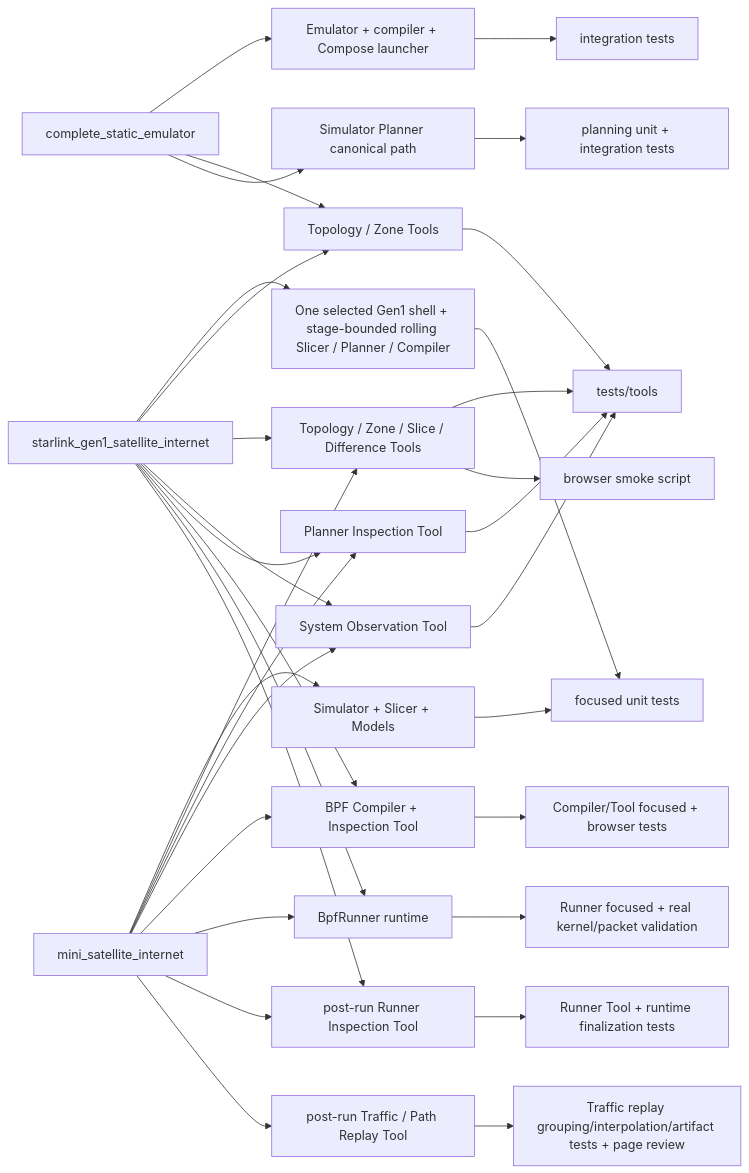
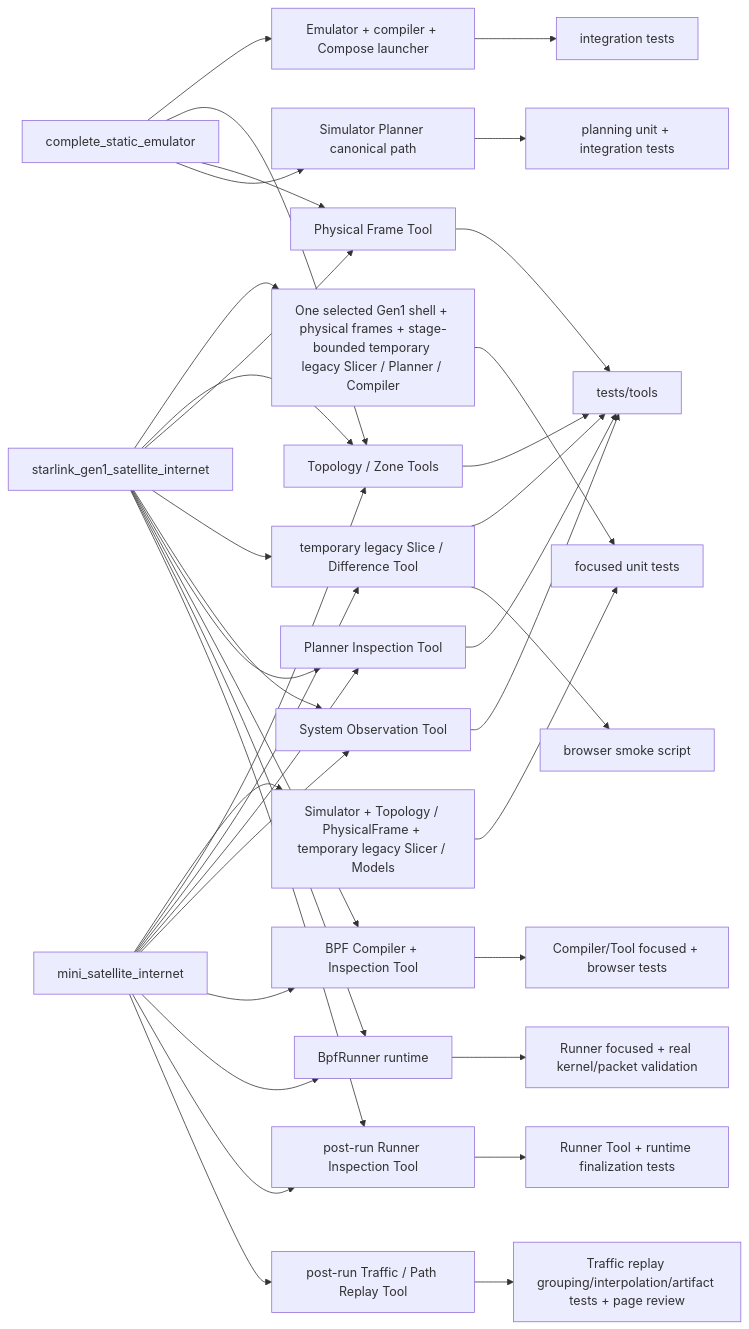
One commit to seed-labs/skyseed changed the diagram in skyseed_v2/docs/human-readable/traceability-map.md. Above: the diagram before and after it, drawn with Mermaid. The commit also changed other lines of this file and 94 other files, not shown here.

Commit message:
feat: establish topology physical frame foundation

````diff
--- a/skyseed_v2/docs/human-readable/traceability-map.md
+++ b/skyseed_v2/docs/human-readable/traceability-map.md
@@ -7,35 +7,39 @@
 ```mermaid
 flowchart LR
     CE["complete_static_emulator"] --> EM["Emulator + compiler + Compose launcher"]
     CE --> TZ["Topology / Zone Tools"]
+    CE --> PF["Physical Frame Tool"]
     CE --> PL["Simulator Planner canonical path"]
-    DN["mini_satellite_internet"] --> DS["Simulator + Slicer + Models"]
-    DN --> DT["Topology / Zone / Slice / Difference Tools"]
+    DN["mini_satellite_internet"] --> DS["Simulator + Topology / PhysicalFrame + temporary legacy Slicer / Models"]
+    DN --> TZ
+    DN --> LT["temporary legacy Slice / Difference Tool"]
     DN --> PT["Planner Inspection Tool"]
     DN --> OT["System Observation Tool"]
     DN --> BT["BPF Compiler + Inspection Tool"]
     DN --> BR["BpfRunner runtime"]
     DN --> RI["post-run Runner Inspection Tool"]
     DN --> TR["post-run Traffic / Path Replay Tool"]
-    S4["starlink_gen1_satellite_internet"] --> S4S["One selected Gen1 shell + stage-bounded rolling Slicer / Planner / Compiler"]
+    S4["starlink_gen1_satellite_internet"] --> S4S["One selected Gen1 shell + physical frames + stage-bounded temporary legacy Slicer / Planner / Compiler"]
     S4 --> TZ
-    S4 --> DT
+    S4 --> PF
+    S4 --> LT
     S4 --> OT
     S4 --> PT
     S4 --> BT
     S4 --> BR
     S4 --> RI
     EM --> ITEST["integration tests"]
     DS --> UTEST["focused unit tests"]
     S4S --> UTEST
     PL --> PTEST["planning unit + integration tests"]
     TZ --> TTEST["tests/tools"]
-    DT --> TTEST
-    DT --> BROWSER["browser smoke script"]
+    PF --> TTEST
+    LT --> TTEST
+    LT --> BROWSER["browser smoke script"]
     PT --> TTEST
     OT --> TTEST
     BT --> BTEST["Compiler/Tool focused + browser tests"]
     BR --> RTEST["Runner focused + real kernel/packet validation"]
     RI --> RITEST["Runner Tool + runtime finalization tests"]
     TR --> TRTEST["Traffic replay grouping/interpolation/artifact tests + page review"]
 ```
````
